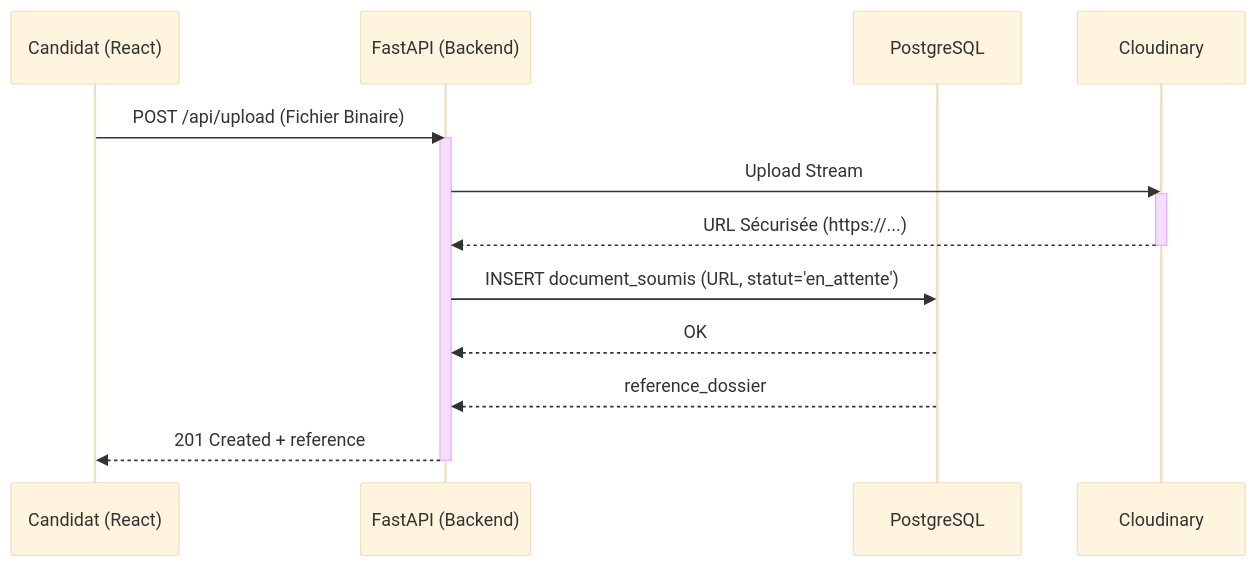
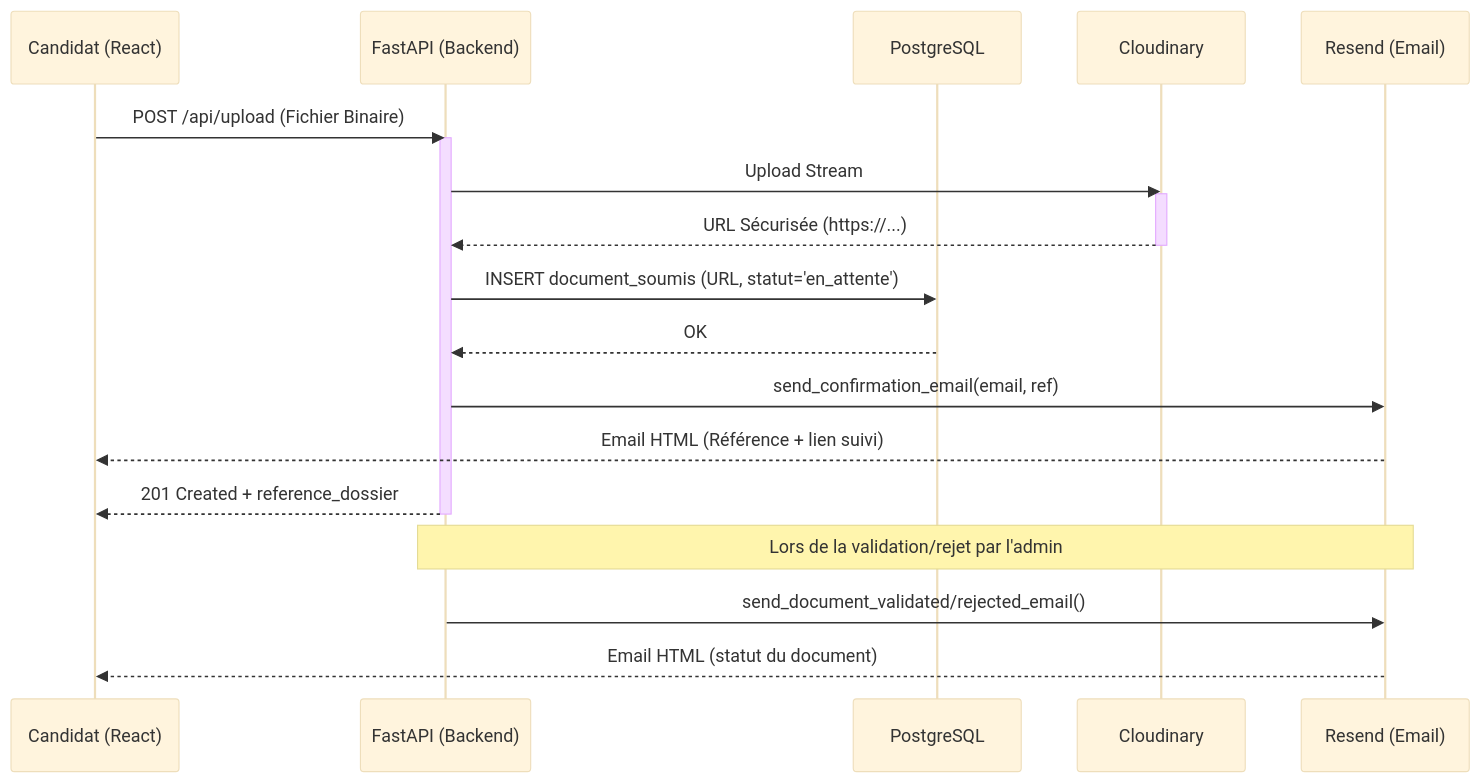
Before and after one commit to Paro-fds/fds-portail: the third of 5 diagrams in cahier_des_charges.md, drawn with Mermaid (base theme). The commit also changed other lines of this file and 3 other files, not shown here.

````diff
--- a/cahier_des_charges.md
+++ b/cahier_des_charges.md
@@ -151,19 +159,25 @@
 ```mermaid
 sequenceDiagram
     participant C as Candidat (React)
     participant API as FastAPI (Backend)
     participant DB as PostgreSQL
     participant Cloud as Cloudinary
+    participant Mail as Resend (Email)
     
     C->>API: POST /api/upload (Fichier Binaire)
     activate API
     API->>Cloud: Upload Stream
     activate Cloud
     Cloud-->>API: URL Sécurisée (https://...)
     deactivate Cloud
     API->>DB: INSERT document_soumis (URL, statut='en_attente')
     DB-->>API: OK
-    DB-->>API: reference_dossier
-    API-->>C: 201 Created + reference
+    API->>Mail: send_confirmation_email(email, ref)
+    Mail-->>C: Email HTML (Référence + lien suivi)
+    API-->>C: 201 Created + reference_dossier
     deactivate API
+
+    Note over API,Mail: Lors de la validation/rejet par l'admin
+    API->>Mail: send_document_validated/rejected_email()
+    Mail-->>C: Email HTML (statut du document)
 ```
````
